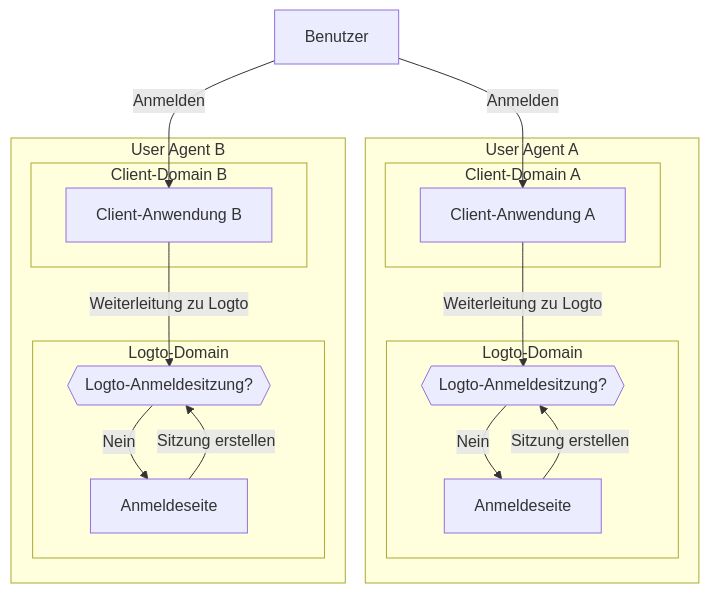
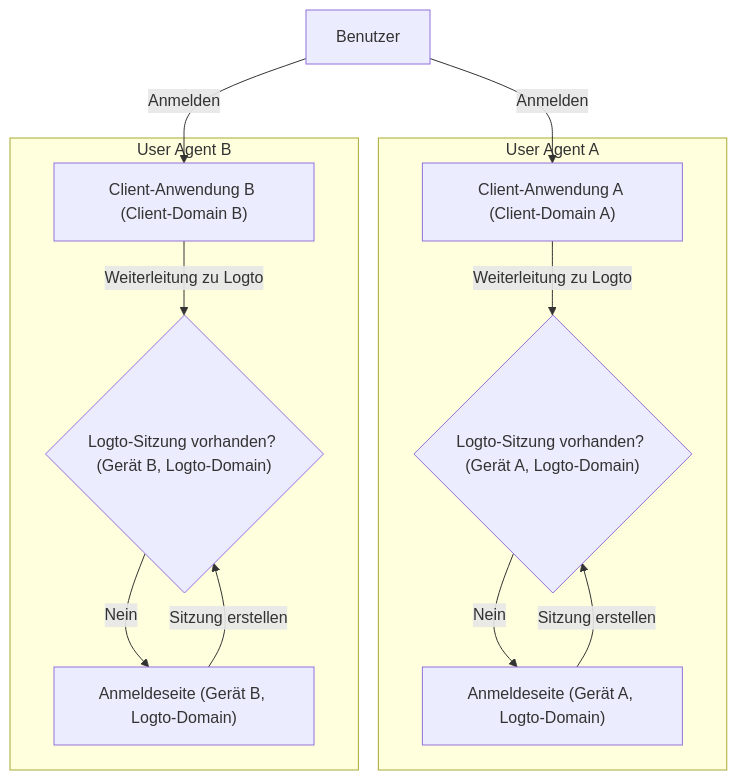
Before and after one commit to logto-io/docs: the fourth of 5 diagrams in i18n/de/docusaurus-plugin-content-docs/current/end-user-flows/sign-out.mdx, drawn with Mermaid. The commit also changed other lines of this file and 74 other files, not shown here.

````diff
--- a/i18n/de/docusaurus-plugin-content-docs/current/end-user-flows/sign-out.mdx
+++ b/i18n/de/docusaurus-plugin-content-docs/current/end-user-flows/sign-out.mdx
@@ -89,35 +121,32 @@
-   ```mermaid
-    flowchart TD
-    U[Benutzer]
+```mermaid
+flowchart TD
+  U[Benutzer]
+  A["Client-Anwendung A (Client-Domain A)"]
+  C{"Logto-Sitzung vorhanden? (Gerät A, Logto-Domain)"}
+  D["Anmeldeseite (Gerät A, Logto-Domain)"]
 
-    subgraph DeviceA [User Agent A]
-      subgraph Layer1 [Client-Domain A]
-        A[Client-Anwendung A]
-      end
+  subgraph DeviceA["User Agent A"]
+    A
+    C
+    D
+  end
 
-      subgraph Layer2 [Logto-Domain]
-          C{{Logto-Anmeldesitzung?}}
-          D[Anmeldeseite]
-      end
-    end
+  B["Client-Anwendung B (Client-Domain B)"]
+  E{"Logto-Sitzung vorhanden? (Gerät B, Logto-Domain)"}
+  F["Anmeldeseite (Gerät B, Logto-Domain)"]
 
-    subgraph DeviceB [User Agent B]
-      subgraph Layer3 [Client-Domain B]
-        B[Client-Anwendung B]
-      end
+  subgraph DeviceB["User Agent B"]
+    B
+    E
+    F
+  end
 
-      subgraph Layer4 [Logto-Domain]
-          E{{Logto-Anmeldesitzung?}}
-          F[Anmeldeseite]
-      end
-    end
-
-    U --> |Anmelden| A
-    A --> |Weiterleitung zu Logto| C
-    U --> |Anmelden| B
-    B --> |Weiterleitung zu Logto| E
-    C --> |Nein| D
-    E --> |Nein| F
-    D --> |Sitzung erstellen| C
-    F --> |Sitzung erstellen| E
-   ```
+  U -->|Anmelden| A
+  A -->|Weiterleitung zu Logto| C
+  U -->|Anmelden| B
+  B -->|Weiterleitung zu Logto| E
+  C -->|Nein| D
+  E -->|Nein| F
+  D -->|Sitzung erstellen| C
+  F -->|Sitzung erstellen| E
+```
````
